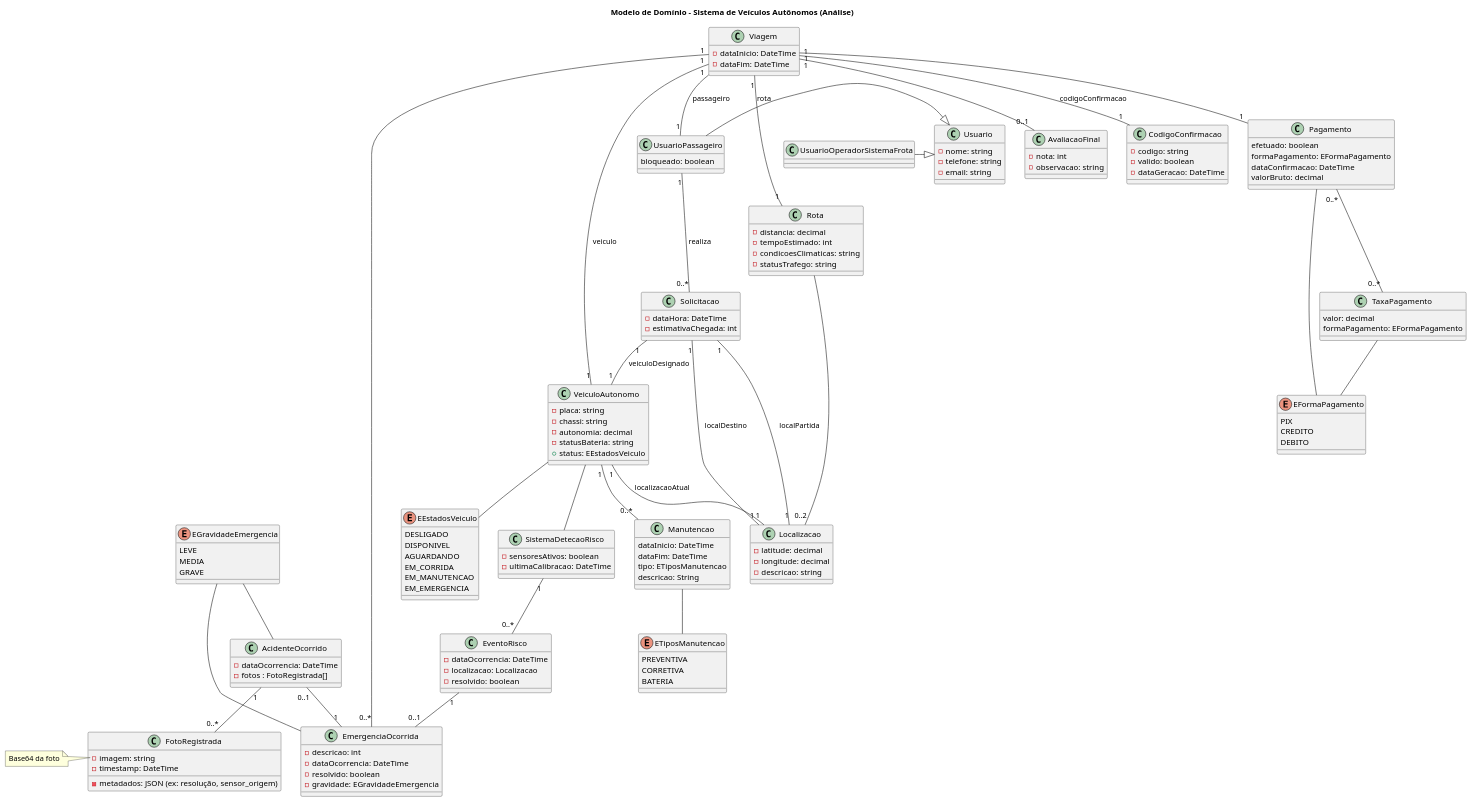
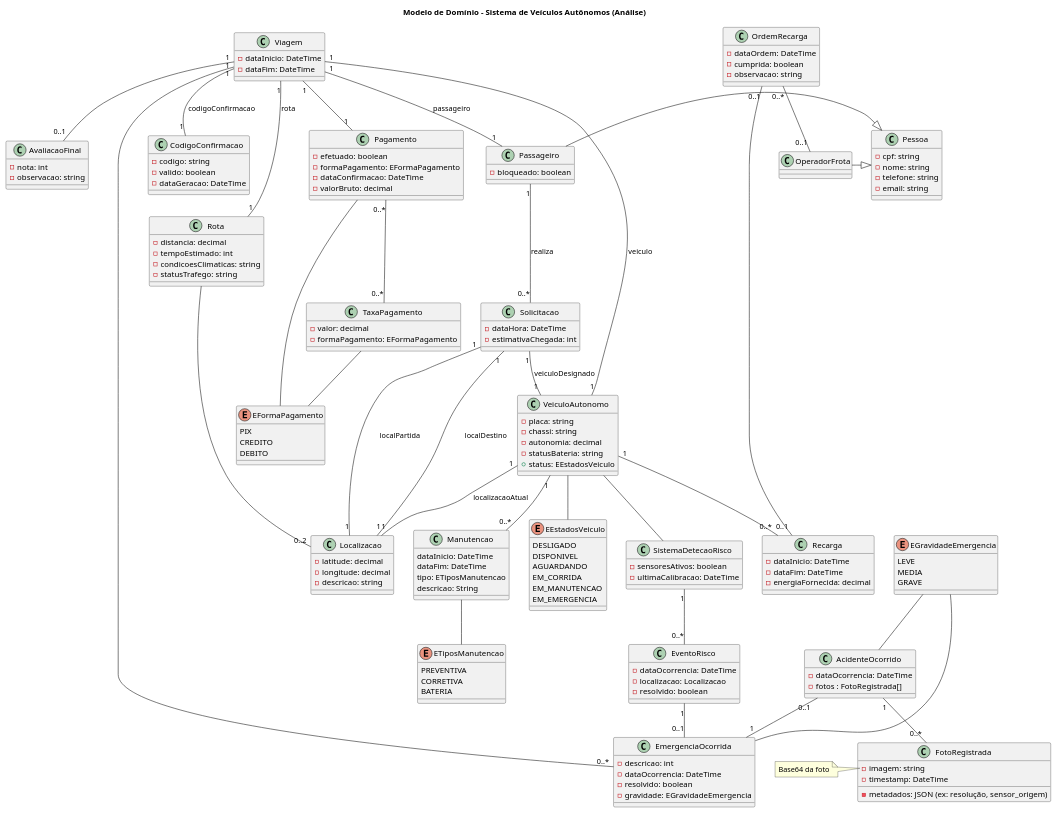
The diagram in projeto_revisado/diagrama_classes/classe_analise.plantuml (gilmarUFG/rs_es_20251_g6), drawn with PlantUML before and after one commit. The commit also changed 1 other file, not shown here.

Commit message:
feat: adição das ordems de recarga

```diff
--- a/projeto_revisado/diagrama_classes/classe_analise.plantuml
+++ b/projeto_revisado/diagrama_classes/classe_analise.plantuml
@@ -1,173 +1,188 @@
 @startuml
 title Modelo de Domínio - Sistema de Veículos Autônomos (Análise)
 
-class Usuario {
+class Pessoa {
+  - cpf: string
   - nome: string
   - telefone: string
   - email: string
 }
 
 class Localizacao {
   - latitude: decimal
   - longitude: decimal
   - descricao: string
 }
 
 class VeiculoAutonomo {
   - placa: string
   - chassi: string
   - autonomia: decimal
   - statusBateria: string
   + status: EEstadosVeiculo
 }
 
 class Manutencao {
   dataInicio: DateTime
   dataFim: DateTime
   tipo: ETiposManutencao
   descricao: String
 }
 
 Enum ETiposManutencao{
   PREVENTIVA
   CORRETIVA
   BATERIA
 }
 
 Enum EEstadosVeiculo{
   DESLIGADO
   DISPONIVEL
   AGUARDANDO
   EM_CORRIDA
   EM_MANUTENCAO
   EM_EMERGENCIA
 }
 
 class Solicitacao {
   - dataHora: DateTime
   - estimativaChegada: int
 }
 
 class Viagem {
   - dataInicio: DateTime
   - dataFim: DateTime
 }
 
 class AvaliacaoFinal {
     - nota: int
     - observacao: string
 }
 
 class EmergenciaOcorrida {
     - descricao: int
     - dataOcorrencia: DateTime
     - resolvido: boolean
     - gravidade: EGravidadeEmergencia
 }
 
 class AcidenteOcorrido{
     - dataOcorrencia: DateTime
     - fotos : FotoRegistrada[]
 }
 
 class FotoRegistrada{
   - imagem: string
   - timestamp: DateTime
   - metadados: JSON (ex: resolução, sensor_origem)
 }
 
 note left of FotoRegistrada::"imagem: string"
   Base64 da foto
 end note
 
 Enum EGravidadeEmergencia{
     LEVE
     MEDIA
     GRAVE
 }
 
 class CodigoConfirmacao {
   - codigo: string
   - valido: boolean
   - dataGeracao: DateTime
 }
 
 class Rota {
   - distancia: decimal
   - tempoEstimado: int
   - condicoesClimaticas: string
   - statusTrafego: string
 }
 
 class SistemaDetecaoRisco {
   - sensoresAtivos: boolean
   - ultimaCalibracao: DateTime
 }
 
 class EventoRisco {
   - dataOcorrencia: DateTime
   - localizacao: Localizacao
   - resolvido: boolean
 }
 
 class Pagamento {
-  efetuado: boolean
-  formaPagamento: EFormaPagamento
-  dataConfirmacao: DateTime
-  valorBruto: decimal
+ - efetuado: boolean
+ - formaPagamento: EFormaPagamento
+ - dataConfirmacao: DateTime
+ - valorBruto: decimal
 }
 
 class TaxaPagamento{
-  valor: decimal
-  formaPagamento: EFormaPagamento
+ - valor: decimal
+ - formaPagamento: EFormaPagamento
 }
 
 Enum EFormaPagamento {
 PIX
 CREDITO
 DEBITO
 }
 
-class UsuarioPassageiro{
-bloqueado: boolean
+class Passageiro{
+- bloqueado: boolean
 }
 
-class UsuarioOperadorSistemaFrota {
+class OperadorFrota
 
+class Recarga {
+  - dataInicio: DateTime
+  - dataFim: DateTime
+  - energiaFornecida: decimal
 }
 
-UsuarioPassageiro -|> Usuario
-UsuarioOperadorSistemaFrota -|> Usuario
-UsuarioPassageiro "1" -- "0..*" Solicitacao : realiza
+class OrdemRecarga{
+  - dataOrdem: DateTime
+  - cumprida: boolean
+  - observacao: string
+}
+
+Passageiro -|> Pessoa
+OperadorFrota -|> Pessoa
+Passageiro "1" -- "0..*" Solicitacao : realiza
 Solicitacao "1" -- "1" Localizacao : localPartida
 Solicitacao "1" -- "1" Localizacao : localDestino
 Solicitacao "1" -- "1" VeiculoAutonomo : veiculoDesignado
 
-Viagem "1" -- "1" UsuarioPassageiro : passageiro
+Viagem "1" -- "1" Passageiro : passageiro
 Viagem "1" -- "1" VeiculoAutonomo : veiculo
 Viagem "1" -- "1" CodigoConfirmacao : codigoConfirmacao
 Viagem "1" -- "1" Rota : rota
 Viagem "1" -- "0..1" AvaliacaoFinal
 Viagem "1" -- "0..*" EmergenciaOcorrida
 Viagem "1" -- "1" Pagamento
+
+OrdemRecarga "0..1" -- "0..1" Recarga
+OrdemRecarga "0..*" -- "0..1" OperadorFrota
 
 Pagamento -- EFormaPagamento
 Pagamento "0..*" -- "0..*" TaxaPagamento
 TaxaPagamento -- EFormaPagamento
 
 EGravidadeEmergencia -- EmergenciaOcorrida
 AcidenteOcorrido "0..1" -- "1" EmergenciaOcorrida
 EGravidadeEmergencia -- AcidenteOcorrido
 AcidenteOcorrido "1" -- "0..*" FotoRegistrada
 
 VeiculoAutonomo "1" -- "1" Localizacao : localizacaoAtual
 VeiculoAutonomo -- SistemaDetecaoRisco
 VeiculoAutonomo -- EEstadosVeiculo
 VeiculoAutonomo "1" -- "0..*" Manutencao
+VeiculoAutonomo "1" -- "0..*" Recarga
 Rota -- "0..2" Localizacao
 
 Manutencao -- ETiposManutencao
 
 SistemaDetecaoRisco "1" -- "0..*" EventoRisco
 EventoRisco "1" -- "0..1" EmergenciaOcorrida
 @enduml
```
